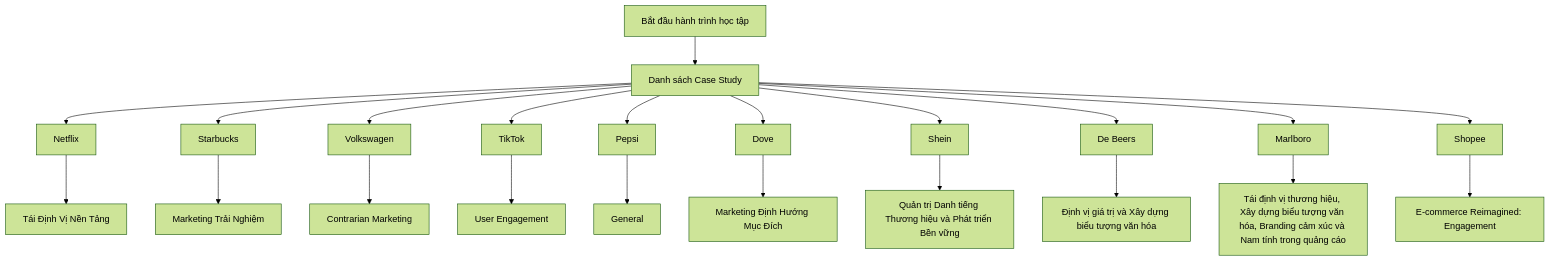
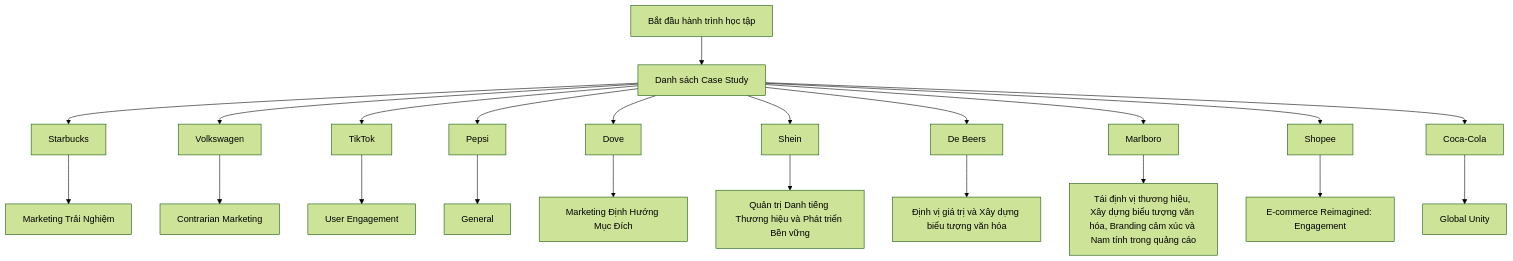
Before and after one commit to quy2003/daily-marketing-cases: the diagram in README.md, drawn with Mermaid (forest theme). The commit also changed other lines of this file and 3 other files, not shown here.

````diff
--- a/README.md
+++ b/README.md
@@ -25,24 +25,24 @@
 ```mermaid
 graph TD
     Start[Bắt đầu hành trình học tập] --> DailyCases[Danh sách Case Study]
-    DailyCases --> Netflix["Netflix"]
-    Netflix --> TinhVNnTng["Tái Định Vị Nền Tảng"]
     DailyCases --> Starbucks["Starbucks"]
     Starbucks --> MarketingTriNghim["Marketing Trải Nghiệm"]
     DailyCases --> Volkswagen["Volkswagen"]
     Volkswagen --> ContrarianMarketing["Contrarian Marketing"]
     DailyCases --> TikTok["TikTok"]
     TikTok --> UserEngagement["User Engagement"]
     DailyCases --> Pepsi["Pepsi"]
     Pepsi --> General["General"]
     DailyCases --> Dove["Dove"]
     Dove --> MarketingnhHngMcch["Marketing Định Hướng Mục Đích"]
     DailyCases --> Shein["Shein"]
     Shein --> QuntrDanhtingThnghiuvPhttrinBnvng["Quản trị Danh tiếng Thương hiệu và Phát triển Bền vững"]
     DailyCases --> DeBeers["De Beers"]
     DeBeers --> nhvgitrvXydngbiutngvnha["Định vị giá trị và Xây dựng biểu tượng văn hóa"]
     DailyCases --> Marlboro["Marlboro"]
     Marlboro --> TinhvthnghiuXydngbiutngvnhaBrandingcmxcvNamtnhtrongqungco["Tái định vị thương hiệu, Xây dựng biểu tượng văn hóa, Branding cảm xúc và Nam tính trong quảng cáo"]
     DailyCases --> Shopee["Shopee"]
     Shopee --> EcommerceReimaginedEngagement["E-commerce Reimagined: Engagement"]
+    DailyCases --> CocaCola["Coca-Cola"]
+    CocaCola --> GlobalUnity["Global Unity"]
 ```
````
